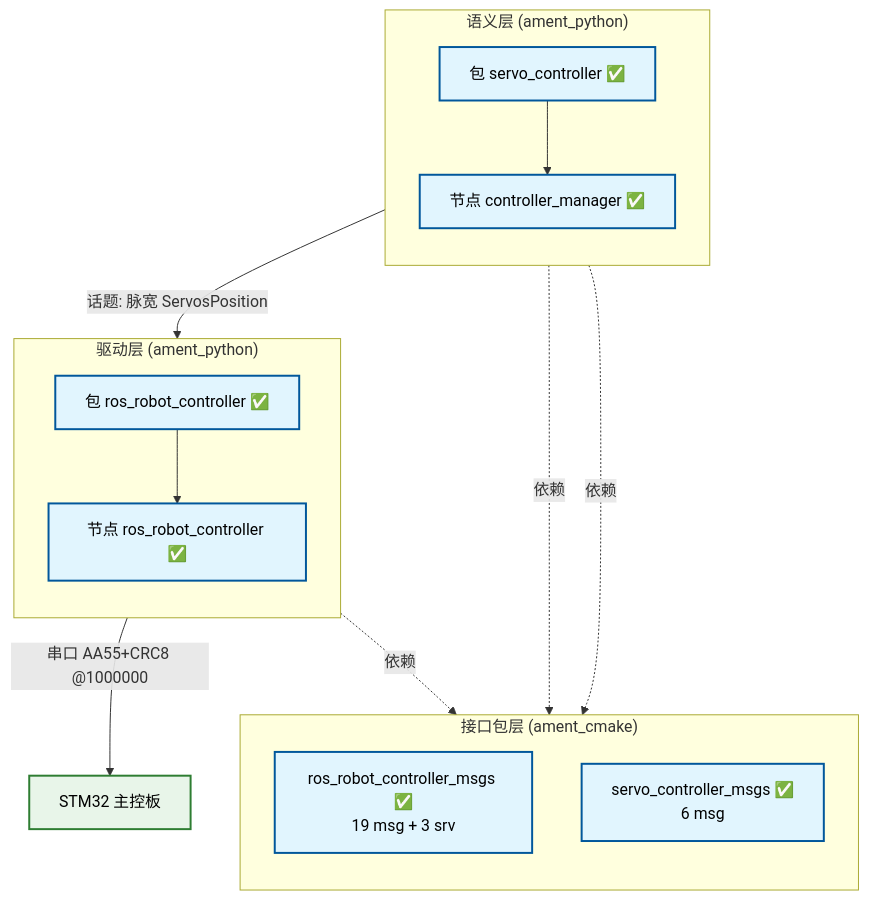
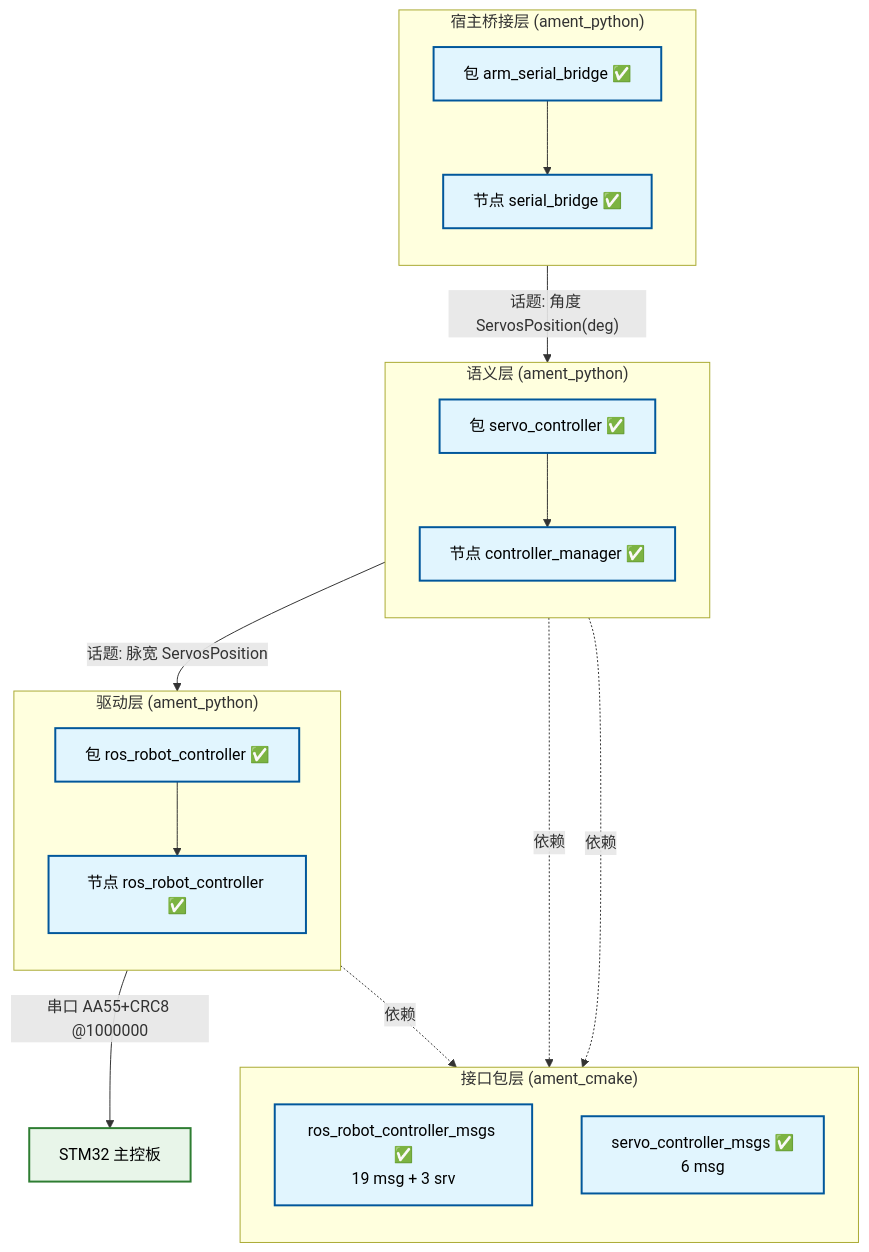
Before and after one commit to ianhequn/ArmPi_Ultra_260913: the first of 4 diagrams in My_note/dev/代码组织结构.md, drawn with Mermaid. The commit also changed other lines of this file and 15 other files, not shown here.

Commit message:
新增 arm_serial_bridge 包：宿主串口 ASCII 命令 → /servo_controller；含协议单测/宿主机脚本/launch，硬件联调通过

````diff
--- a/My_note/dev/代码组织结构.md
+++ b/My_note/dev/代码组织结构.md
@@ -22,36 +22,44 @@
 ```mermaid
 flowchart TB
   classDef node fill:#e1f5fe,stroke:#01579b,stroke-width:2px,color:#000
   classDef topic fill:#fff9c4,stroke:#fbc02d,stroke-width:2px,stroke-dasharray:5 5,color:#000
   classDef hw fill:#e8f5e9,stroke:#2e7d32,stroke-width:2px,color:#000
   classDef todo fill:#f3e5f5,stroke:#8e24aa,stroke-width:2px,stroke-dasharray:4 4,color:#000
 
   subgraph IF["接口包层 (ament_cmake)"]
     direction TB
     RMSG["ros_robot_controller_msgs ✅<br/>19 msg + 3 srv"]:::node
     SMSG["servo_controller_msgs ✅<br/>6 msg"]:::node
   end
 
   subgraph SEM["语义层 (ament_python)"]
     direction TB
     SC["包 servo_controller ✅"]:::node
     N1["节点 controller_manager ✅"]:::node
     SC --> N1
   end
 
   subgraph DRV["驱动层 (ament_python)"]
     direction TB
     RC["包 ros_robot_controller ✅"]:::node
     N2["节点 ros_robot_controller ✅"]:::node
     RC --> N2
   end
 
+  subgraph HOSTB["宿主桥接层 (ament_python)"]
+    direction TB
+    AB["包 arm_serial_bridge ✅"]:::node
+    N3["节点 serial_bridge ✅"]:::node
+    AB --> N3
+  end
+
   HW["STM32 主控板"]:::hw
 
+  N3 -->|"话题: 角度 ServosPosition(deg)"| N1
   N1 -->|"话题: 脉宽 ServosPosition"| N2
   N2 -->|"串口 AA55+CRC8 @1000000"| HW
 
   SEM -. 依赖 .-> SMSG
   SEM -. 依赖 .-> RMSG
   DRV -. 依赖 .-> RMSG
 ```
````
